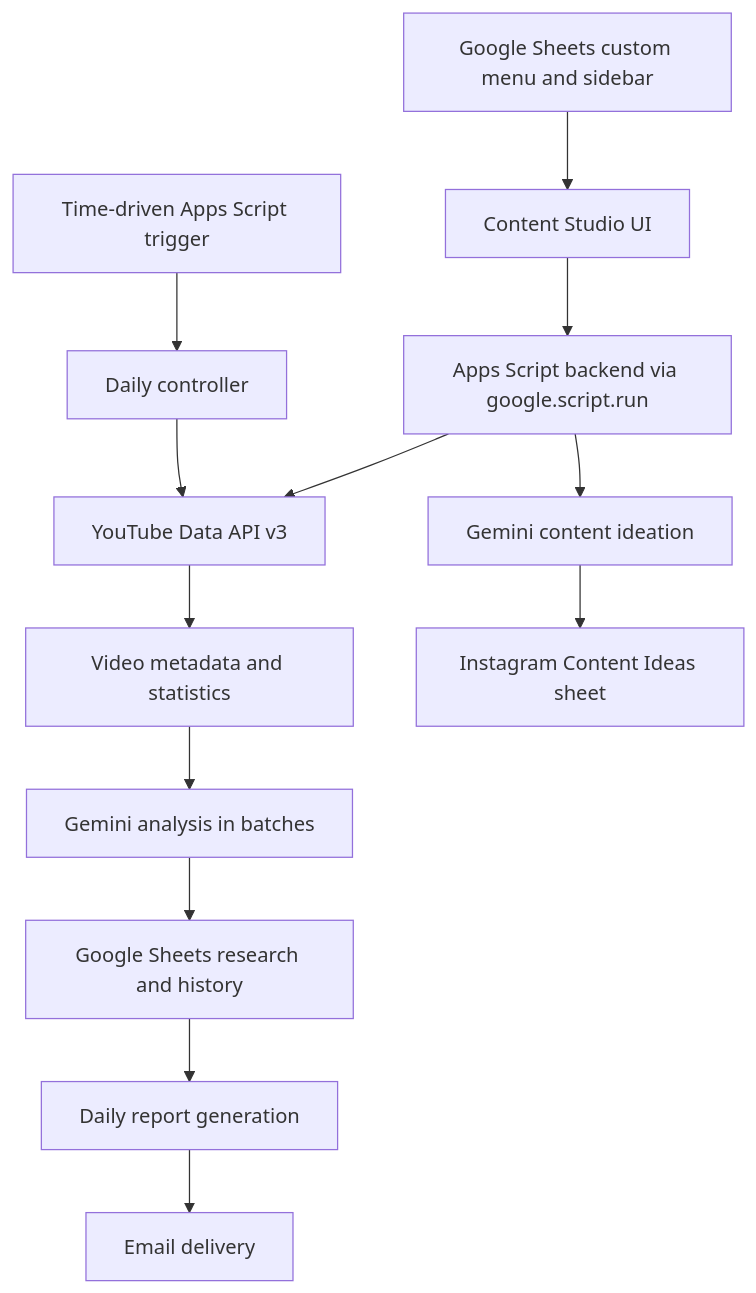
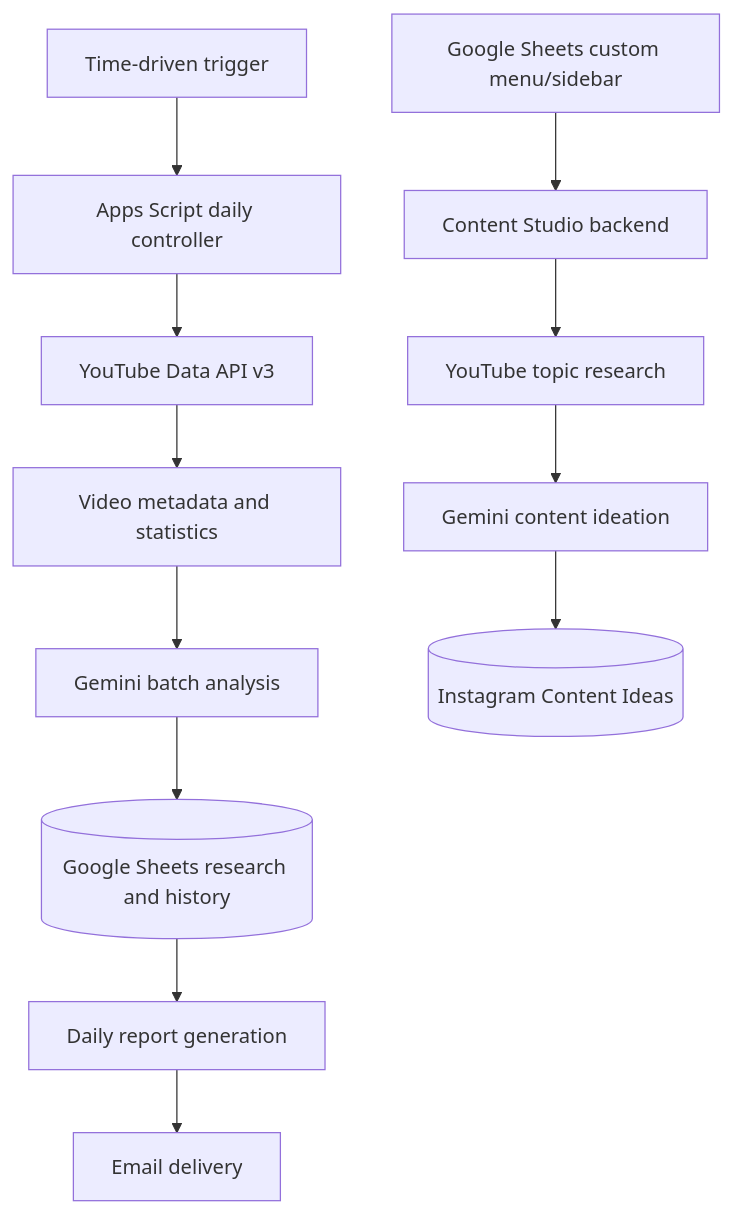
One commit to karthiknetha3124/edge-glass-social-intelligence-agent changed the diagram in README.md. Above: the diagram before and after it, drawn with Mermaid. The commit also changed other lines of this file, not shown here.

````diff
--- a/README.md
+++ b/README.md
@@ -41,16 +80,15 @@
 ```mermaid
 flowchart TD
-    A[Time-driven Apps Script trigger] --> B[Daily controller]
-    B --> C[YouTube Data API v3]
-    C --> D[Video metadata and statistics]
-    D --> E[Gemini analysis in batches]
-    E --> F[Google Sheets research and history]
-    F --> G[Daily report generation]
-    G --> H[Email delivery]
+    T[Time-driven trigger] --> O[Apps Script daily controller]
+    O --> Y[YouTube Data API v3]
+    Y --> V[Video metadata and statistics]
+    V --> G[Gemini batch analysis]
+    G --> S[(Google Sheets research and history)]
+    S --> R[Daily report generation]
+    R --> E[Email delivery]
 
-    I[Google Sheets custom menu and sidebar] --> J[Content Studio UI]
-    J --> K[Apps Script backend via google.script.run]
-    K --> C
-    K --> L[Gemini content ideation]
-    L --> M[Instagram Content Ideas sheet]
+    U[Google Sheets custom menu/sidebar] --> C[Content Studio backend]
+    C --> Y2[YouTube topic research]
+    Y2 --> G2[Gemini content ideation]
+    G2 --> I[(Instagram Content Ideas)]
 ```
````
